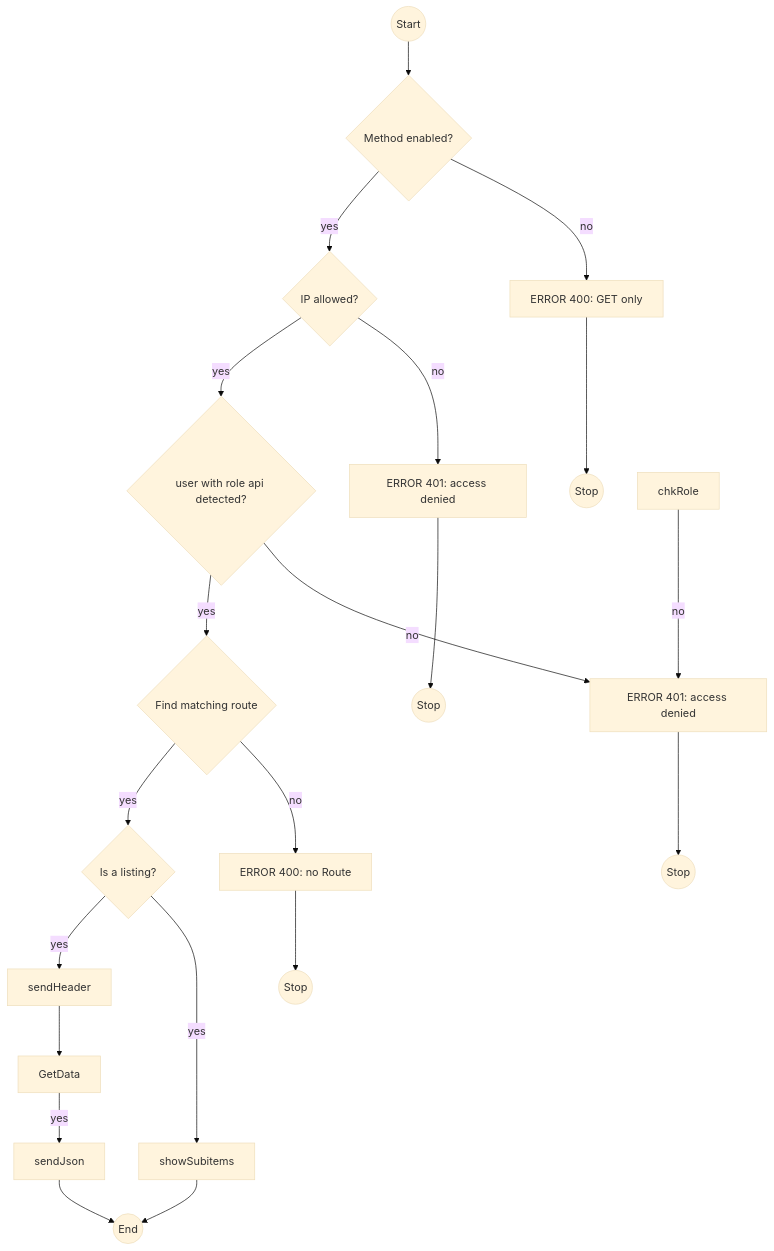
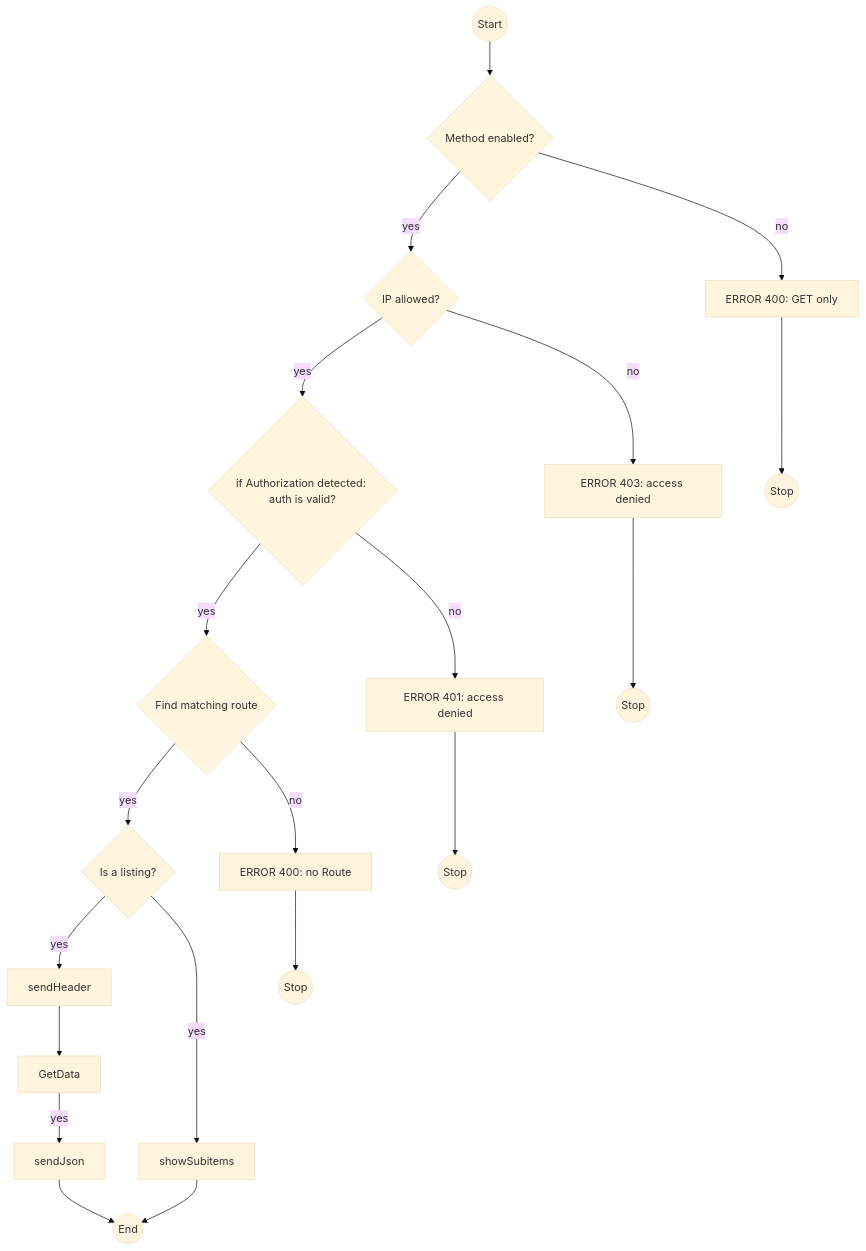
One commit to iml-it/appmonitor changed the diagram in docs/40_📦_Server/60_API.md. Above: the diagram before and after it, drawn with Mermaid (base theme). The commit also changed other lines of this file and 2 other files, not shown here.

````diff
--- a/docs/40_📦_Server/60_API.md
+++ b/docs/40_📦_Server/60_API.md
@@ -28,20 +28,19 @@
 ```mermaid
 graph TD;
   Start((Start))
   --> chkMethod{Method enabled?}
   --> |yes|chkIp{IP allowed?}
-  --> |yes|chkUser{user with role api detected?}
+  --> |yes|chkUser{if Authorization detected: auth is valid?}
   --> |yes|chkRoute{Find matching route}
   --> |yes|chkList{Is a listing?}
   --> |yes|sendHeader
   --> GetData
   --> |yes|sendJson
   --> End((End))
 
   chkMethod-->|no|onlyGet[ERROR 400: GET only]-->stop1((Stop))
-  chkIp-->|no|denyIp[ERROR 401: access denied]-->stop2((Stop))
+  chkIp-->|no|denyIp[ERROR 403: access denied]-->stop2((Stop))
   chkUser-->|no|denyUser[ERROR 401: access denied]-->stop3((Stop))
-  chkRole-->|no|denyUser[ERROR 401: access denied]
   chkRoute-->|no|onlyNoRoute[ERROR 400: no Route]-->stop5((Stop))
   chkList-->|yes|showSubitems-->End
 ```
````
